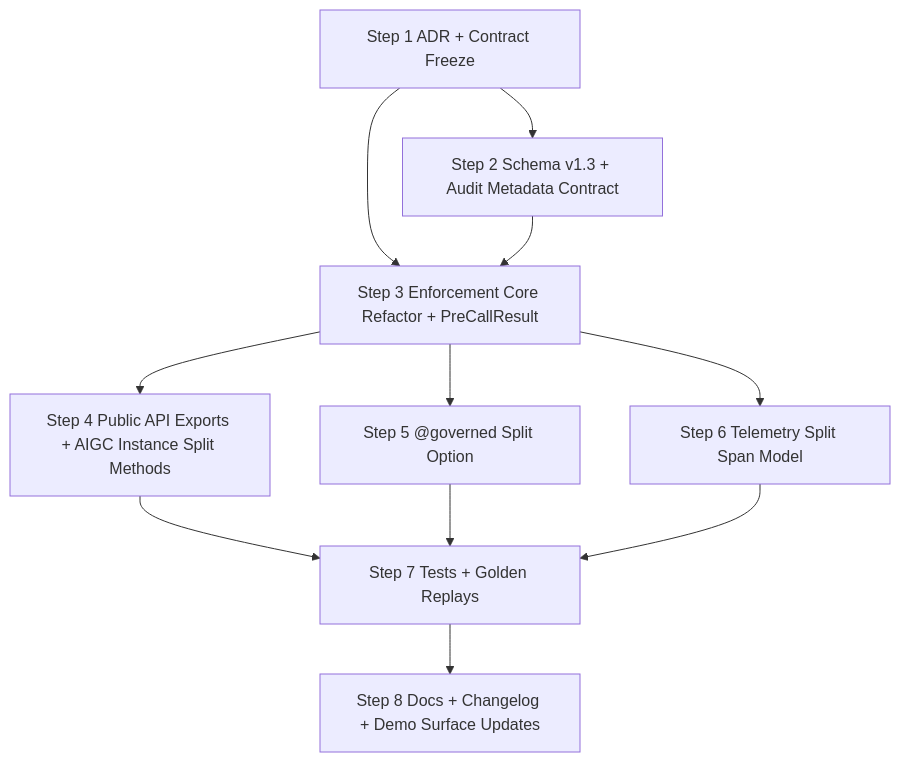
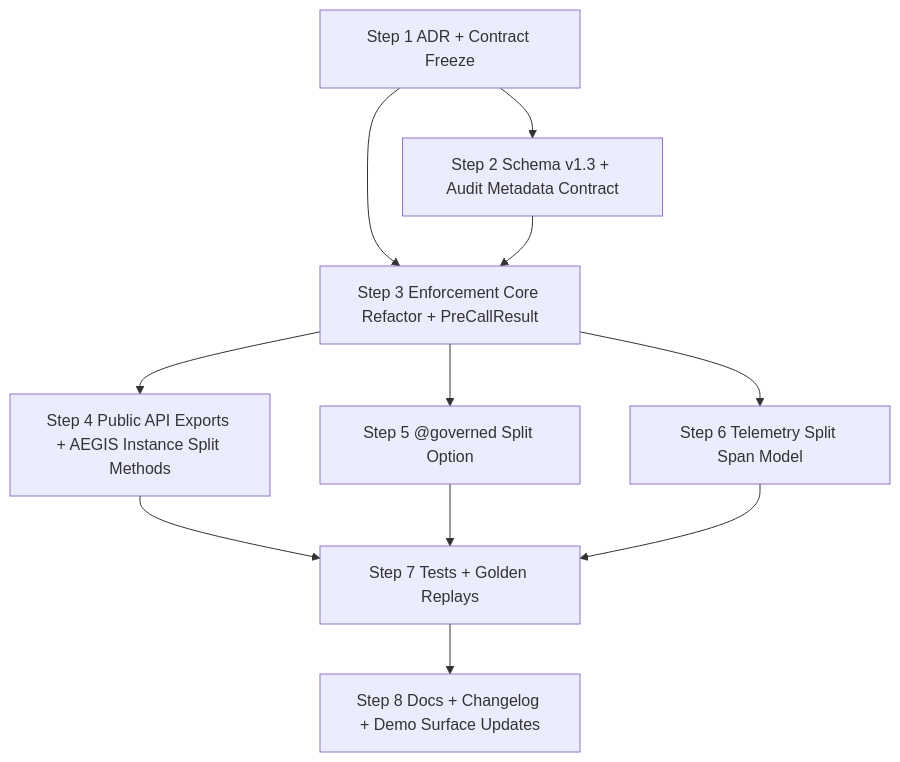
One commit to nealsolves/aegis changed the diagram in docs/plans/v0.3.2_IMPLEMENTATION_PLAN.md. Above: the diagram before and after it, drawn with Mermaid. The commit also changed other lines of this file and 126 other files, not shown here.

First line of the commit message:
docs: rename all AIGC references to AEGIS across documentation

````diff
--- a/docs/plans/v0.3.2_IMPLEMENTATION_PLAN.md
+++ b/docs/plans/v0.3.2_IMPLEMENTATION_PLAN.md
@@ -11,13 +11,13 @@
 ```mermaid
 flowchart TD
   S1[Step 1 ADR + Contract Freeze] --> S2[Step 2 Schema v1.3 + Audit Metadata Contract]
   S1 --> S3[Step 3 Enforcement Core Refactor + PreCallResult]
   S2 --> S3
-  S3 --> S4[Step 4 Public API Exports + AIGC Instance Split Methods]
+  S3 --> S4[Step 4 Public API Exports + AEGIS Instance Split Methods]
   S3 --> S5[Step 5 @governed Split Option]
   S3 --> S6[Step 6 Telemetry Split Span Model]
   S4 --> S7[Step 7 Tests + Golden Replays]
   S5 --> S7
   S6 --> S7
   S7 --> S8[Step 8 Docs + Changelog + Demo Surface Updates]
 ```
````
